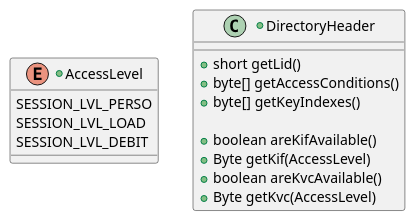
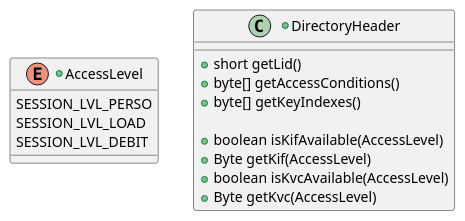
Diagram 19 of 21 in src/KeypleCalypsoApi/Application/puml/KeypleCalypso-ApplicationApi-ClassDiag-Transaction-ClassElements.iuml (calypsonet/keyple), drawn with PlantUML before and after one commit. The commit also changed 3 other files, not shown here.

Commit message:
Fix PO KIF / KVC availability check

```diff
--- a/src/KeypleCalypsoApi/Application/puml/KeypleCalypso-ApplicationApi-ClassDiag-Transaction-ClassElements.iuml
+++ b/src/KeypleCalypsoApi/Application/puml/KeypleCalypso-ApplicationApi-ClassDiag-Transaction-ClassElements.iuml
@@ -680,18 +680,18 @@
 @startuml(id=TRANSACTION_PO_DF)
 +enum AccessLevel {
   SESSION_LVL_PERSO
   SESSION_LVL_LOAD
   SESSION_LVL_DEBIT
 }
 
 +class DirectoryHeader {
   +short getLid()
   +byte[] getAccessConditions()
   +byte[] getKeyIndexes()
 
-  +boolean areKifAvailable()
+  +boolean isKifAvailable(AccessLevel)
   +Byte getKif(AccessLevel)
-  +boolean areKvcAvailable()
+  +boolean isKvcAvailable(AccessLevel)
   +Byte getKvc(AccessLevel)
 }
 @enduml
```
